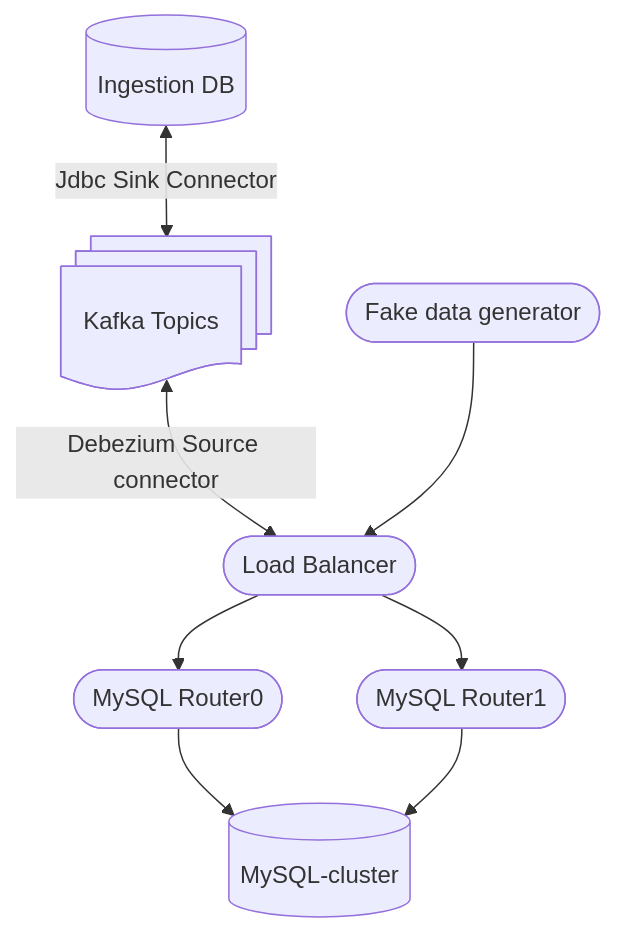
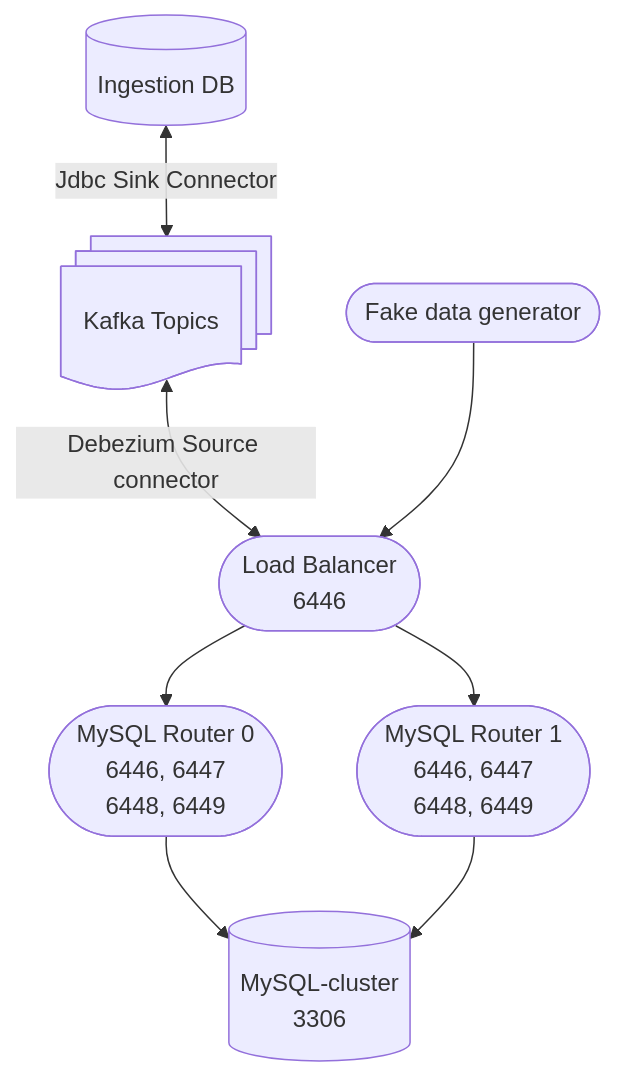
The diagram in deploy/router/README.md (larryloi/mysql-lab), drawn with Mermaid before and after one commit. The commit also changed other lines of this file and 3 other files, not shown here.

````diff
--- a/deploy/router/README.md
+++ b/deploy/router/README.md
@@ -7,18 +7,24 @@
 ```mermaid
 graph TD;
     
     IngestDB[(Ingestion DB)]
-    LB([Load Balancer])
+    LB([Load Balancer
+    6446])
     Kafka@{ shape: docs, label: "Kafka Topics" }
     Faker([Fake data generator])
-    Router0([MySQL Router0])
-    Router1([MySQL Router1])
-    MySQL-cluster[(MySQL-cluster)]
+    Router0([MySQL Router 0
+    6446, 6447
+    6448, 6449])
+    Router1([MySQL Router 1
+    6446, 6447
+    6448, 6449])
+    MySQL-cluster[(MySQL-cluster
+    3306)]
 
     IngestDB<--Jdbc Sink Connector-->Kafka<--Debezium Source connector-->LB;
     Faker-->LB;
     LB-->Router0;
     LB-->Router1;
     Router0-->MySQL-cluster;
     Router1-->MySQL-cluster;
 ```
````
